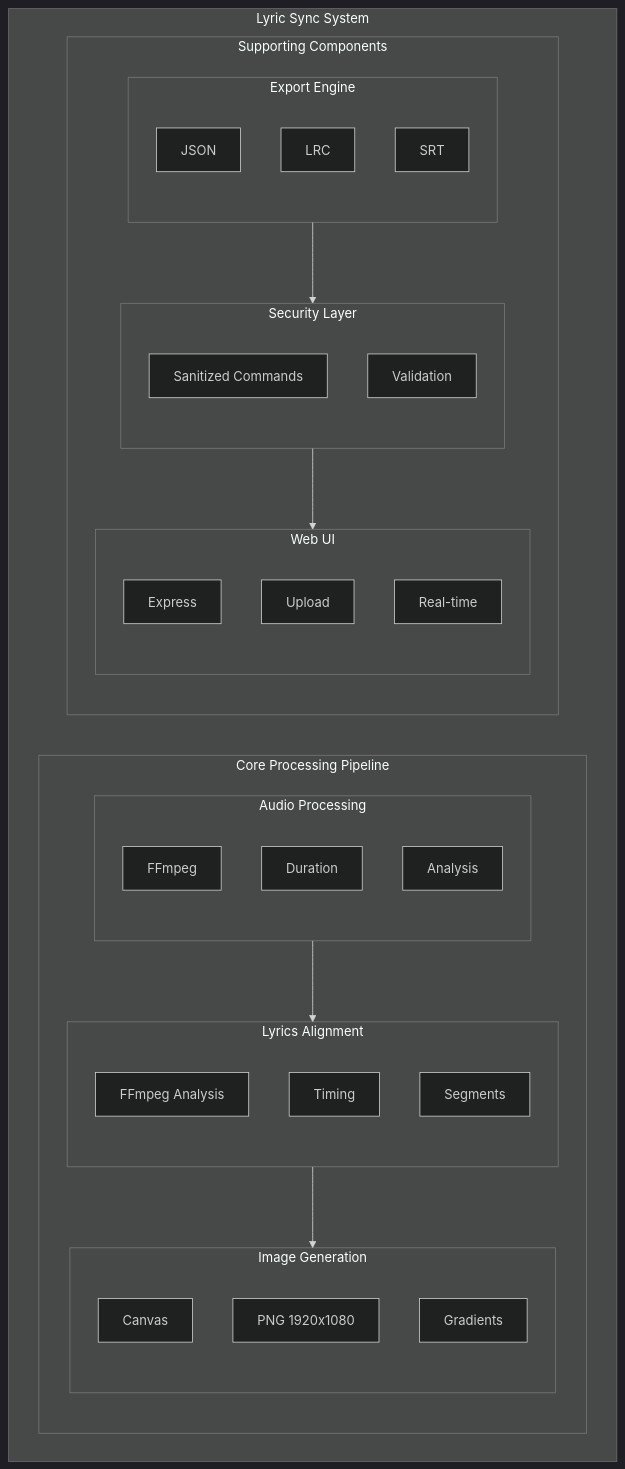
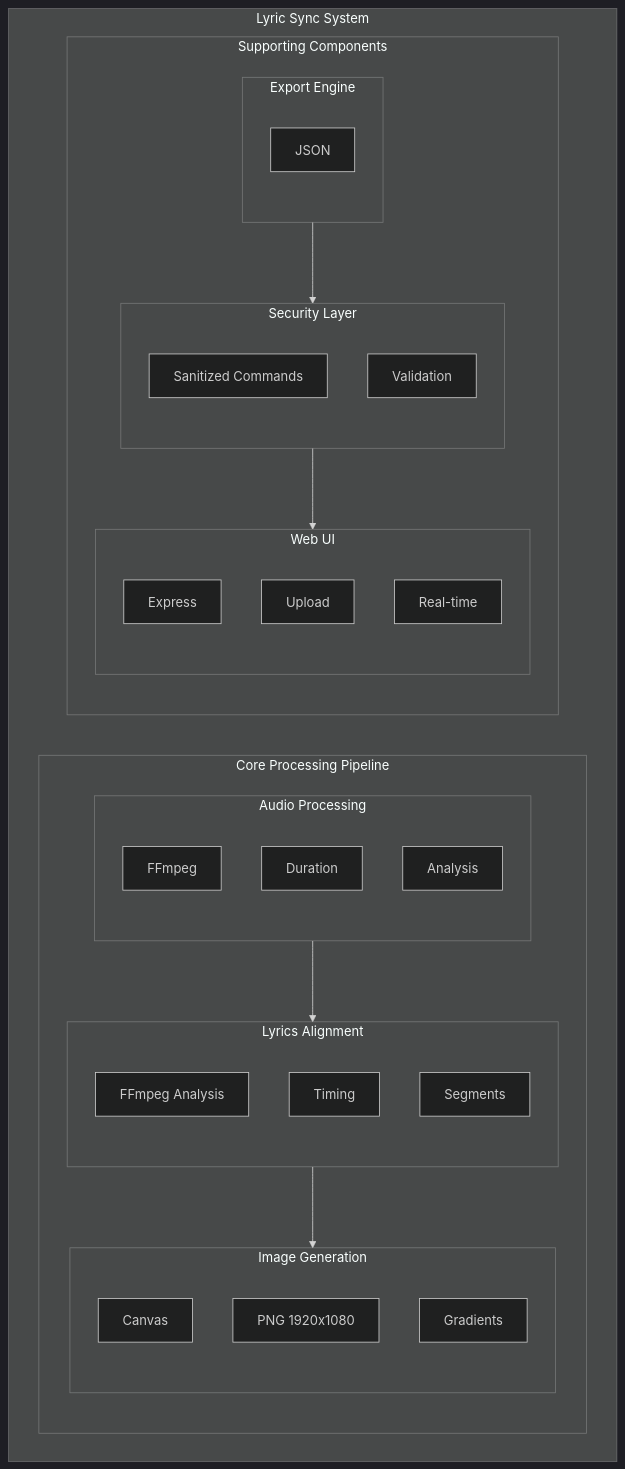
The second of 8 diagrams in docs/ARCHITECTURE.md (santoshk1970/karaoke-video-creator), drawn with Mermaid (dark theme) before and after one commit. The commit also changed other lines of this file and 1 other file, not shown here.

Commit message:
docs: Simplify architecture diagrams to reflect primary workflow

````diff
--- a/docs/ARCHITECTURE.md
+++ b/docs/ARCHITECTURE.md
@@ -34,47 +31,45 @@
 ```mermaid
 graph TB
     subgraph LyricSyncSystem[Lyric Sync System]
         subgraph Processing[Core Processing Pipeline]
             Audio[Audio Processing] --> Alignment[Lyrics Alignment] --> Images[Image Generation]
             
             subgraph Audio[Audio Processing]
                 A1[FFmpeg]
                 A2[Duration]
                 A3[Analysis]
             end
             
             subgraph Alignment[Lyrics Alignment]
                 L1[FFmpeg Analysis]
                 L2[Timing]
                 L3[Segments]
             end
             
             subgraph Images[Image Generation]
                 I1[Canvas]
                 I2[PNG 1920x1080]
                 I3[Gradients]
             end
         end
         
         subgraph Support[Supporting Components]
             Export[Export Engine] --> Security[Security Layer] --> Web[Web UI]
             
             subgraph Export[Export Engine]
                 E1[JSON]
-                E2[LRC]
-                E3[SRT]
             end
             
             subgraph Security[Security Layer]
                 S1[Sanitized Commands]
                 S2[Validation]
             end
             
             subgraph Web[Web UI]
                 W1[Express]
                 W2[Upload]
                 W3[Real-time]
             end
         end
     end
 ```
````
